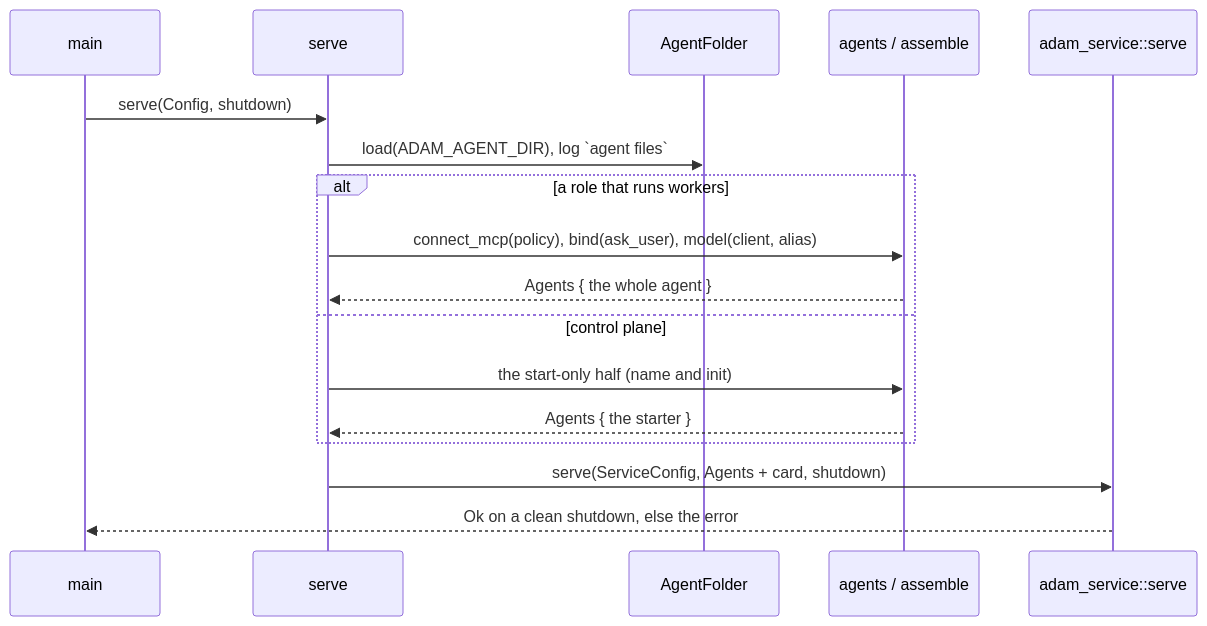
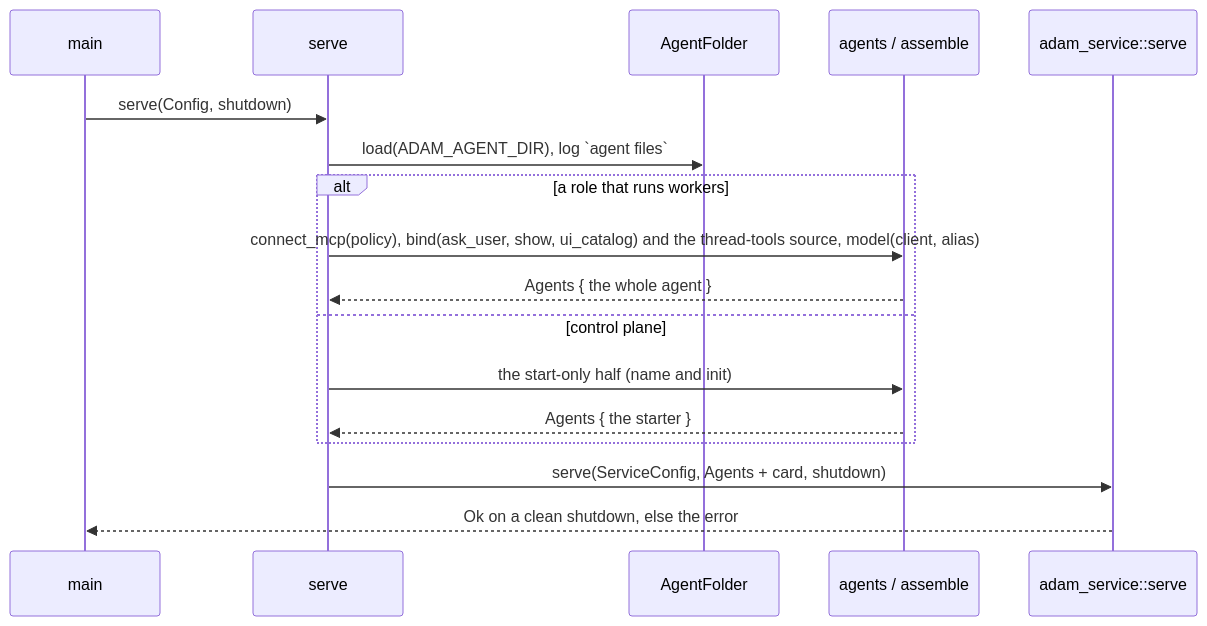
The first of 2 diagrams in bin/adam-agent/README.md (vymalo/another-adam-rs), drawn with Mermaid before and after one commit. The commit also changed other lines of this file and 31 other files, not shown here.

````diff
--- a/bin/adam-agent/README.md
+++ b/bin/adam-agent/README.md
@@ -152,19 +169,19 @@
 ```mermaid
 sequenceDiagram
   participant M as main
   participant S as serve
   participant F as AgentFolder
   participant A as agents / assemble
   participant V as adam_service::serve
   M->>S: serve(Config, shutdown)
   S->>F: load(ADAM_AGENT_DIR), log `agent files`
   alt a role that runs workers
-    S->>A: connect_mcp(policy), bind(ask_user), model(client, alias)
+    S->>A: connect_mcp(policy), bind(ask_user, show, ui_catalog) and the thread-tools source, model(client, alias)
     A-->>S: Agents { the whole agent }
   else control plane
     S->>A: the start-only half (name and init)
     A-->>S: Agents { the starter }
   end
   S->>V: serve(ServiceConfig, Agents + card, shutdown)
   V-->>M: Ok on a clean shutdown, else the error
 ```
````
